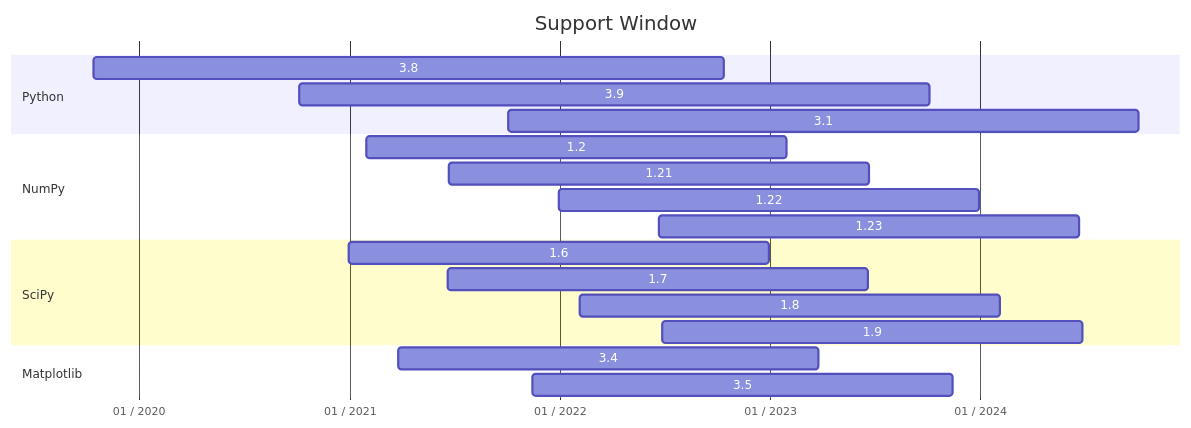
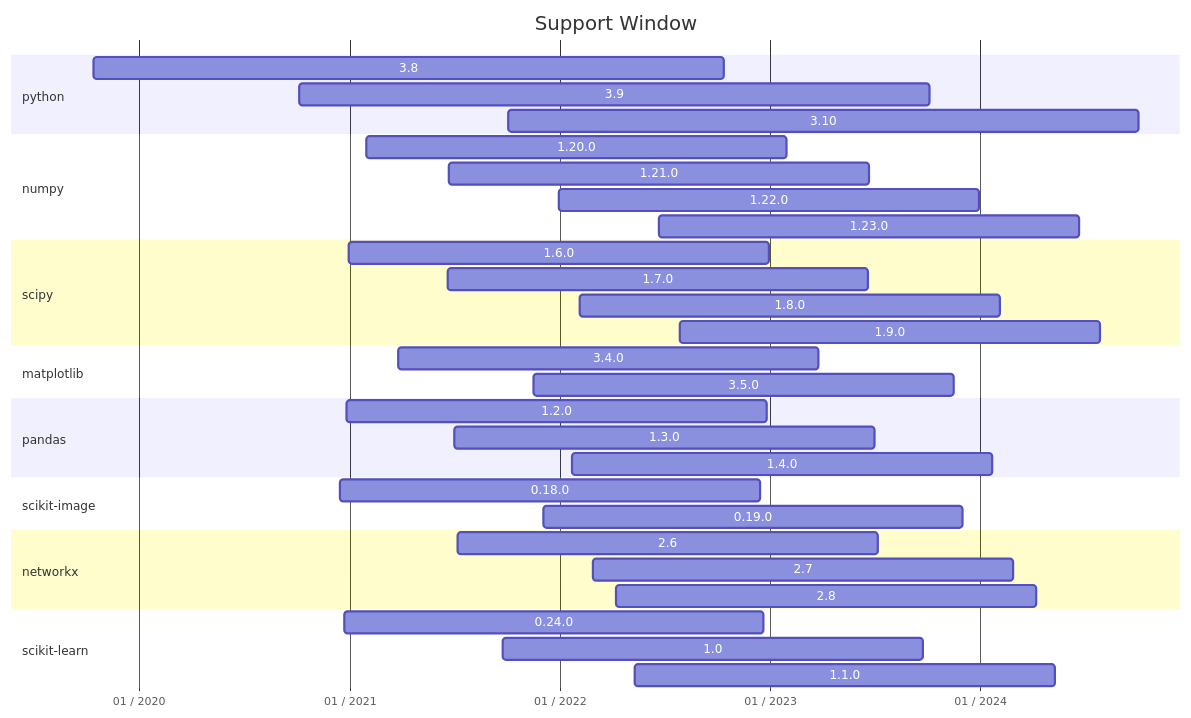
One commit to scientific-python/specs changed the diagram in spec-0000/index.md. Above: the diagram before and after it, drawn with Mermaid. The commit also changed other lines of this file and 1 other file, not shown here.

Commit message:
Update versions for SPEC 0 (#150)
* Update versions for SPEC 0

* Use continue to lessen indentation in versions.py

```diff
--- a/spec-0000/index.md
+++ b/spec-0000/index.md
@@ -26,28 +24,47 @@
 {{<mermaid>}}
 gantt
 dateFormat  YYYY-MM-DD
 axisFormat  %m / %Y
 title Support Window
 
-section Python
-3.8  :     py38, 2019-10-14,2022-10-13
-3.9  :     py39, 2020-10-05,2023-10-05
-3.1  :     py31, 2021-10-04,2024-10-03
 
-section NumPy
-1.2  :     np12, 2021-01-30,2023-01-30
-1.21  :     np121, 2021-06-22,2023-06-22
-1.22  :     np122, 2021-12-31,2023-12-31
-1.23  :     np123, 2022-06-22,2024-06-21
+section python
+3.8  :     2019-10-14,2022-10-13
+3.9  :     2020-10-05,2023-10-05
+3.10  :     2021-10-04,2024-10-03
 
-section SciPy
-1.6  :     sp16, 2020-12-31,2022-12-31
-1.7  :     sp17, 2021-06-20,2023-06-20
-1.8  :     sp18, 2022-02-05,2024-02-05
-1.9  :     sp19, 2022-06-29,2024-06-28
+section numpy
+1.20.0  :     2021-01-30,2023-01-30
+1.21.0  :     2021-06-22,2023-06-22
+1.22.0  :     2021-12-31,2023-12-31
+1.23.0  :     2022-06-22,2024-06-21
 
-section Matplotlib
-3.4  :     mpl34, 2021-03-26,2023-03-26
-3.5  :     mpl35, 2021-11-15,2023-11-15
+section scipy
+1.6.0  :     2020-12-31,2022-12-31
+1.7.0  :     2021-06-20,2023-06-20
+1.8.0  :     2022-02-05,2024-02-05
+1.9.0  :     2022-07-29,2024-07-28
 
+section matplotlib
+3.4.0  :     2021-03-26,2023-03-26
+3.5.0  :     2021-11-16,2023-11-16
+
+section pandas
+1.2.0  :     2020-12-26,2022-12-26
+1.3.0  :     2021-07-02,2023-07-02
+1.4.0  :     2022-01-22,2024-01-22
+
+section scikit-image
+0.18.0  :     2020-12-15,2022-12-15
+0.19.0  :     2021-12-03,2023-12-03
+
+section networkx
+2.6  :     2021-07-08,2023-07-08
+2.7  :     2022-02-28,2024-02-28
+2.8  :     2022-04-09,2024-04-08
+
+section scikit-learn
+0.24.0  :     2020-12-22,2022-12-22
+1.0  :     2021-09-24,2023-09-24
+1.1.0  :     2022-05-12,2024-05-11
 {{</mermaid>}}
```
